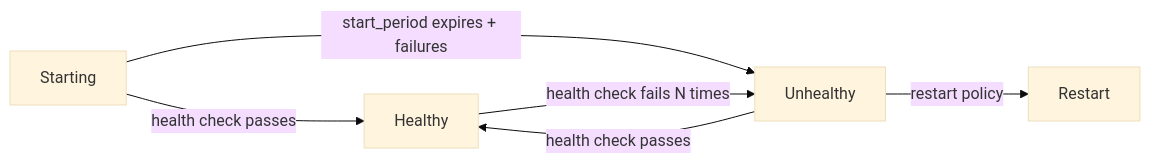
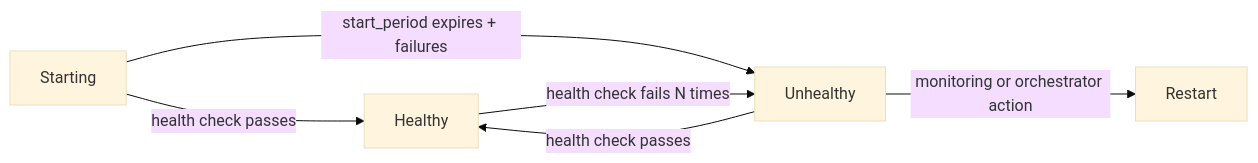
The diagram in posts/2026-02-21-how-to-use-ansible-to-configure-container-health-checks/README.md (OneUptime/blog), drawn with Mermaid (base theme) before and after one commit. The commit also changed other lines of this file and 2 other files, not shown here.

````diff
--- a/posts/2026-02-21-how-to-use-ansible-to-configure-container-health-checks/README.md
+++ b/posts/2026-02-21-how-to-use-ansible-to-configure-container-health-checks/README.md
@@ -19,8 +19,8 @@
 ```mermaid
 graph LR
     S[Starting] --> |health check passes| H[Healthy]
     S --> |start_period expires + failures| U[Unhealthy]
     H --> |health check fails N times| U[Unhealthy]
     U --> |health check passes| H
-    U --> |restart policy| R[Restart]
+    U --> |monitoring or orchestrator action| R[Restart]
 ```
````
